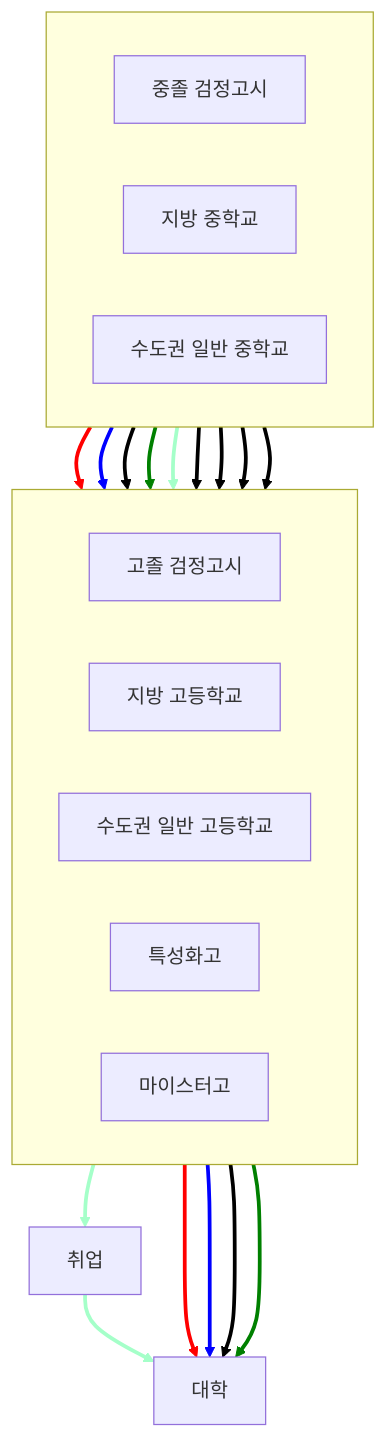
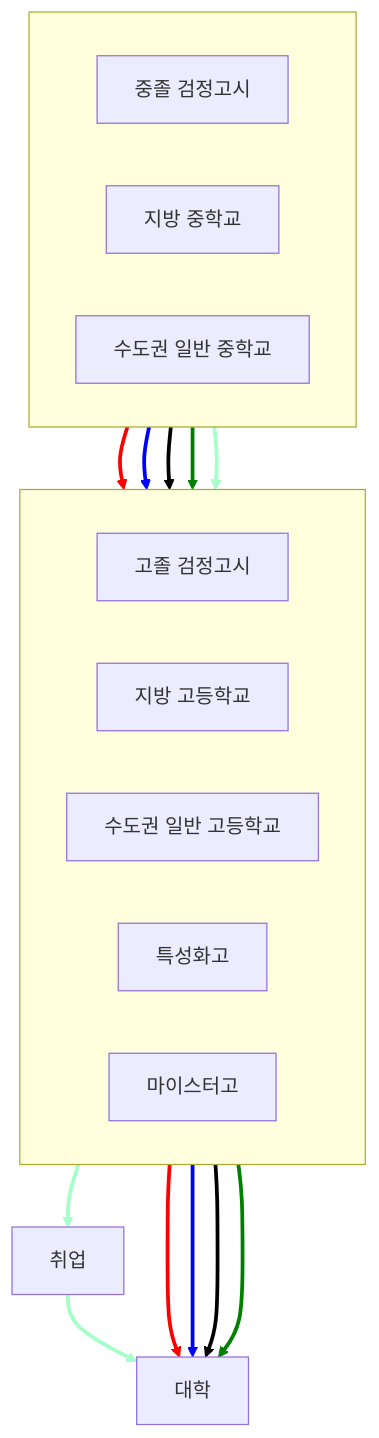
The first of 2 diagrams in _posts/2026-02-22-path guide for young students.md (Doyouwanttoliveforever/Doyouwanttoliveforever.github.io), drawn with Mermaid before and after one commit. The commit also changed other lines of this file, not shown here.

````diff
--- a/_posts/2026-02-22-path guide for young students.md
+++ b/_posts/2026-02-22-path guide for young students.md
@@ -14,44 +14,39 @@
 ```mermaid
 flowchart TD
 
     %% 중학교 레벨
     subgraph MiddleSchool [" "]
         direction LR
         A[중졸 검정고시]
         D[지방 중학교]
         F[수도권 일반 중학교]
     end
 
     %% 고등학교 레벨
     subgraph HighSchool [" "]
         direction LR
         B[고졸 검정고시]
         E[지방 고등학교]
         G[수도권 일반 고등학교]
         H[특성화고]
         I[마이스터고]
     end
 
     %% 이후 단계
     C[대학]
     J[취업]
 
     %% 연결 관계
     A --> B --> C
     D --> E --> C
     F --> G --> C
     F --> H --> C
     F --> I --> J --> C
-    A --> G
-    A --> H
-    A --> I
-    F --> B
 
     %% 화살표 색 변경
     linkStyle 0,1 stroke:red,stroke-width:3px
     linkStyle 2,3 stroke:blue,stroke-width:3px
     linkStyle 4,5 stroke:black,stroke-width:3px
     linkStyle 6,7 stroke:green,stroke-width:3px
     linkStyle 8,9,10 stroke:#A5FFC9,stroke-width:3px
-    linkStyle 11,12,13,14 stroke:black,stroke-width:3px
 ```
````
